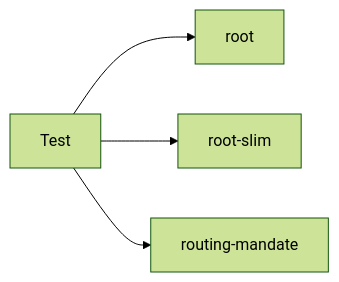
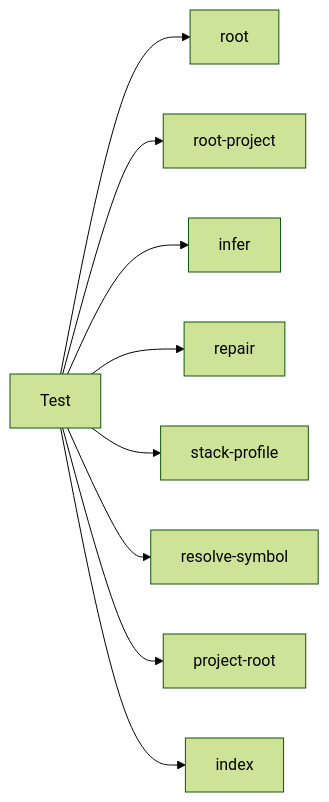
The diagram in .cursor/rules/ctxgraph--test-bundle-p3.mdc (hellhellpnick/context-graph), drawn with Mermaid (forest theme) before and after one commit. The commit also changed other lines of this file and 164 other files, not shown here.

First line of the commit message:
feat: multi-lang extract, symbol resolve, v0.4.0

````diff
--- a/.cursor/rules/ctxgraph--test-bundle-p3.mdc
+++ b/.cursor/rules/ctxgraph--test-bundle-p3.mdc
@@ -16,7 +20,12 @@
 ```mermaid
 graph LR
   Test[Test]
   Test --> root[root]
-  Test --> root_slim[root-slim]
-  Test --> routing_mandate[routing-mandate]
+  Test --> root_project[root-project]
+  Test --> infer[infer]
+  Test --> repair[repair]
+  Test --> stack_profile[stack-profile]
+  Test --> resolve_symbol[resolve-symbol]
+  Test --> project_root[project-root]
+  Test --> index[index]
 ```
````
